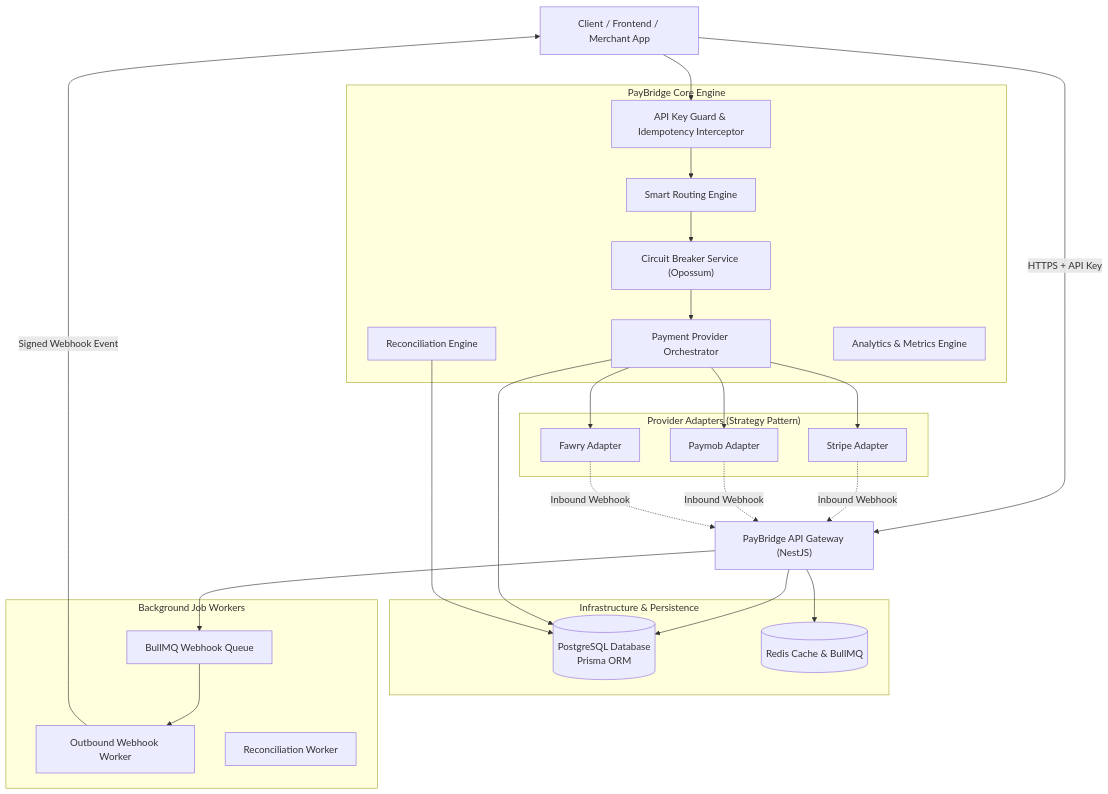
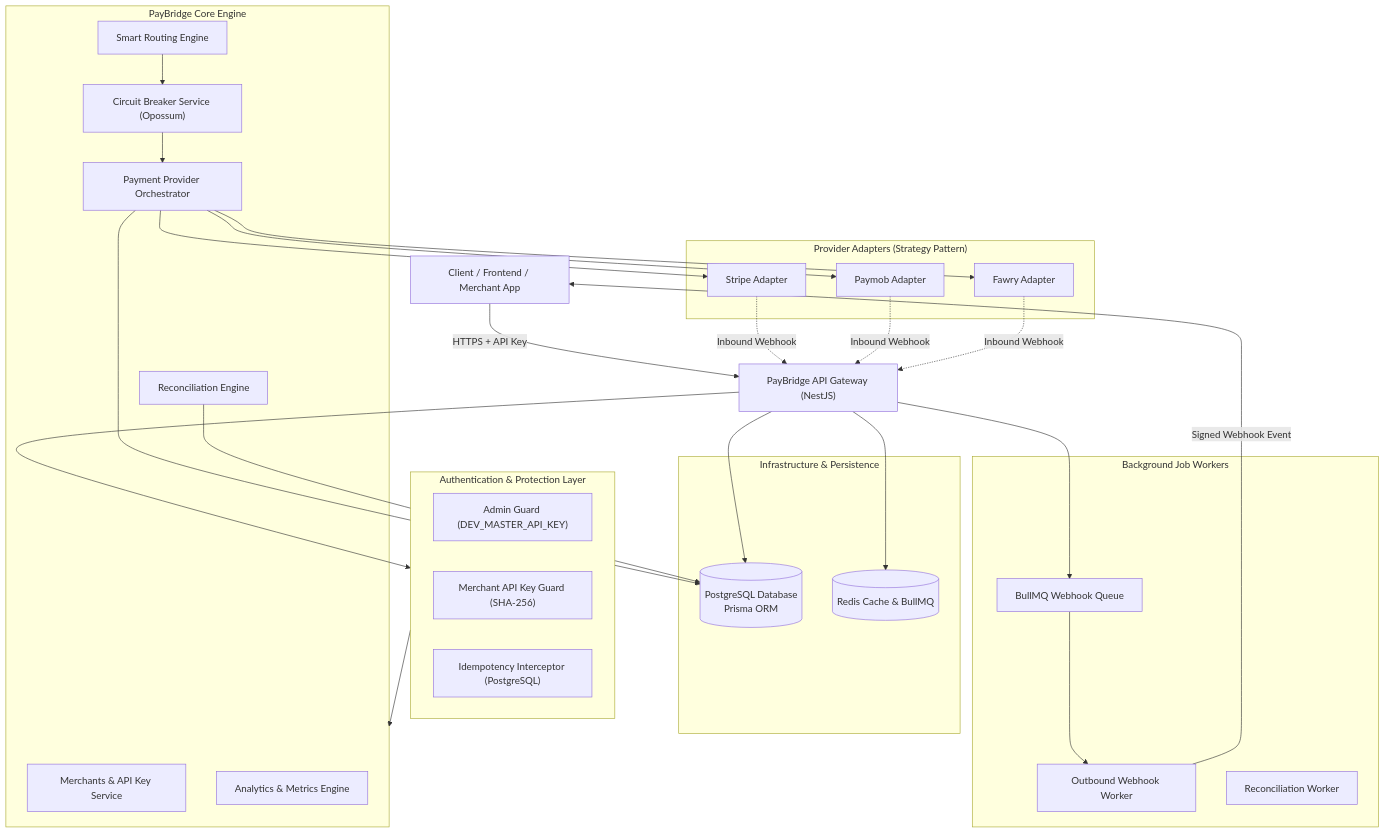
Before and after one commit to mo74x/paybridge: the first of 5 diagrams in README.md, drawn with Mermaid. The commit also changed other lines of this file, not shown here.

Commit message:
docs: update README with multi-tenant architecture and API reference

````diff
--- a/README.md
+++ b/README.md
@@ -99,51 +107,58 @@
 ```mermaid
 graph TD
     Client["Client / Frontend / Merchant App"] -->|HTTPS + API Key| Gateway["PayBridge API Gateway (NestJS)"]
     
+    subgraph Security ["Authentication & Protection Layer"]
+        AdminGuard["Admin Guard (DEV_MASTER_API_KEY)"]
+        ApiKeyGuard["Merchant API Key Guard (SHA-256)"]
+        Idemp["Idempotency Interceptor (PostgreSQL)"]
+    end
+
     subgraph Core ["PayBridge Core Engine"]
-        Guard["API Key Guard & Idempotency Interceptor"]
+        Merchants["Merchants & API Key Service"]
         Router["Smart Routing Engine"]
         Breaker["Circuit Breaker Service (Opossum)"]
         Orchestrator["Payment Provider Orchestrator"]
         Reconciliation["Reconciliation Engine"]
         Analytics["Analytics & Metrics Engine"]
     end
 
     subgraph Adapters ["Provider Adapters (Strategy Pattern)"]
         Stripe["Stripe Adapter"]
         Paymob["Paymob Adapter"]
         Fawry["Fawry Adapter"]
     end
 
     subgraph Storage ["Infrastructure & Persistence"]
         DB[(PostgreSQL Database\nPrisma ORM)]
         Redis[(Redis Cache & BullMQ)]
     end
 
     subgraph AsyncWorker ["Background Job Workers"]
         Queue["BullMQ Webhook Queue"]
         Worker["Outbound Webhook Worker"]
         ReconCron["Reconciliation Worker"]
     end
 
-    Client --> Guard
-    Guard --> Router
+    Gateway --> Security
+    Security --> Core
+    
     Router --> Breaker
     Breaker --> Orchestrator
     Orchestrator --> Stripe
     Orchestrator --> Paymob
     Orchestrator --> Fawry
     
     Gateway --> DB
     Gateway --> Redis
     Orchestrator --> DB
     
     Stripe -. Inbound Webhook .-> Gateway
     Paymob -. Inbound Webhook .-> Gateway
     Fawry -. Inbound Webhook .-> Gateway
 
     Gateway --> Queue
     Queue --> Worker
     Worker -->|Signed Webhook Event| Client
     Reconciliation --> DB
 ```
````
